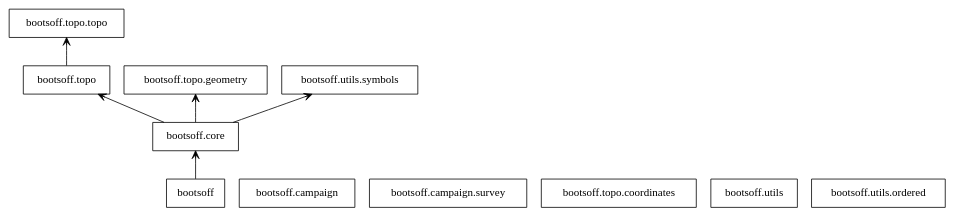
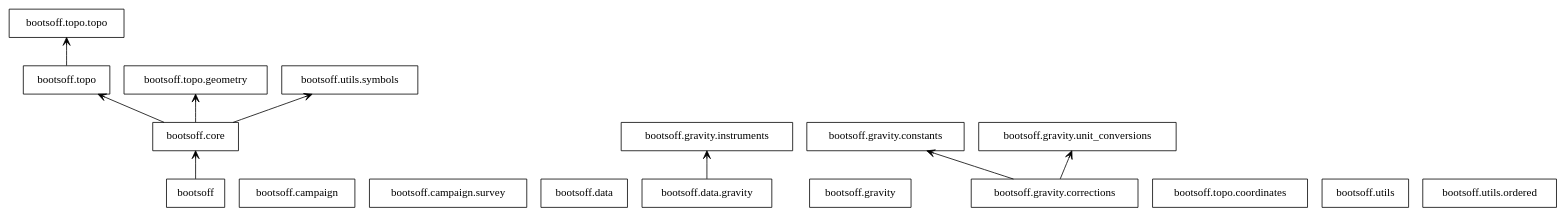
One commit to kaufmanno/BootsOff changed the diagram in docs/source/uml/packages_uml_bootsoff.dot. Above: the diagram before and after it, drawn with Graphviz. The commit also changed 10 other files, not shown here.

```diff
--- a/docs/source/uml/packages_uml_bootsoff.dot
+++ b/docs/source/uml/packages_uml_bootsoff.dot
@@ -1,20 +1,30 @@
 digraph "packages_uml_bootsoff" {
 charset="utf-8"
 rankdir=BT
 "0" [label="bootsoff", shape="box"];
 "1" [label="bootsoff.campaign", shape="box"];
 "2" [label="bootsoff.campaign.survey", shape="box"];
 "3" [label="bootsoff.core", shape="box"];
-"4" [label="bootsoff.topo", shape="box"];
-"5" [label="bootsoff.topo.coordinates", shape="box"];
-"6" [label="bootsoff.topo.geometry", shape="box"];
-"7" [label="bootsoff.topo.topo", shape="box"];
-"8" [label="bootsoff.utils", shape="box"];
-"9" [label="bootsoff.utils.ordered", shape="box"];
-"10" [label="bootsoff.utils.symbols", shape="box"];
+"4" [label="bootsoff.data", shape="box"];
+"5" [label="bootsoff.data.gravity", shape="box"];
+"6" [label="bootsoff.gravity", shape="box"];
+"7" [label="bootsoff.gravity.constants", shape="box"];
+"8" [label="bootsoff.gravity.corrections", shape="box"];
+"9" [label="bootsoff.gravity.instruments", shape="box"];
+"10" [label="bootsoff.gravity.unit_conversions", shape="box"];
+"11" [label="bootsoff.topo", shape="box"];
+"12" [label="bootsoff.topo.coordinates", shape="box"];
+"13" [label="bootsoff.topo.geometry", shape="box"];
+"14" [label="bootsoff.topo.topo", shape="box"];
+"15" [label="bootsoff.utils", shape="box"];
+"16" [label="bootsoff.utils.ordered", shape="box"];
+"17" [label="bootsoff.utils.symbols", shape="box"];
 "0" -> "3" [arrowhead="open", arrowtail="none"];
-"3" -> "4" [arrowhead="open", arrowtail="none"];
-"3" -> "6" [arrowhead="open", arrowtail="none"];
-"3" -> "10" [arrowhead="open", arrowtail="none"];
-"4" -> "7" [arrowhead="open", arrowtail="none"];
+"3" -> "11" [arrowhead="open", arrowtail="none"];
+"3" -> "13" [arrowhead="open", arrowtail="none"];
+"3" -> "17" [arrowhead="open", arrowtail="none"];
+"5" -> "9" [arrowhead="open", arrowtail="none"];
+"8" -> "7" [arrowhead="open", arrowtail="none"];
+"8" -> "10" [arrowhead="open", arrowtail="none"];
+"11" -> "14" [arrowhead="open", arrowtail="none"];
 }
```
